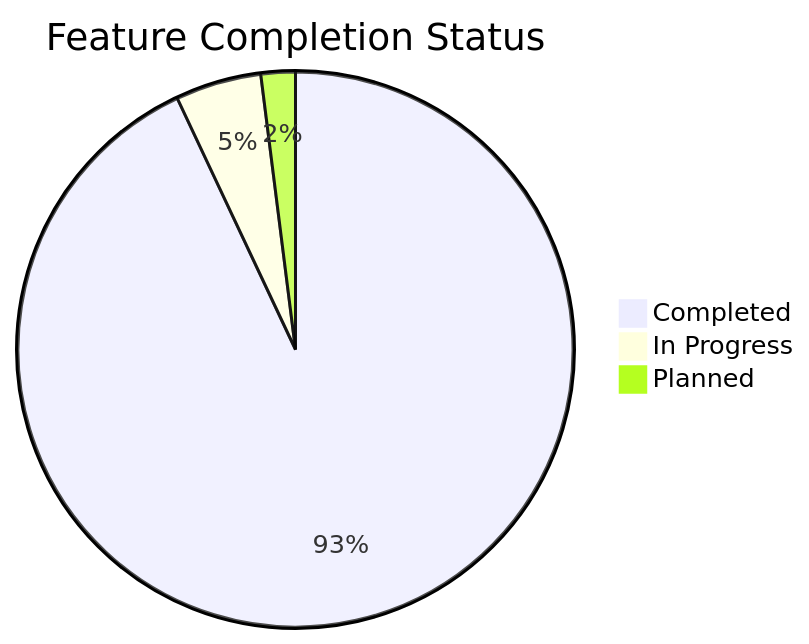
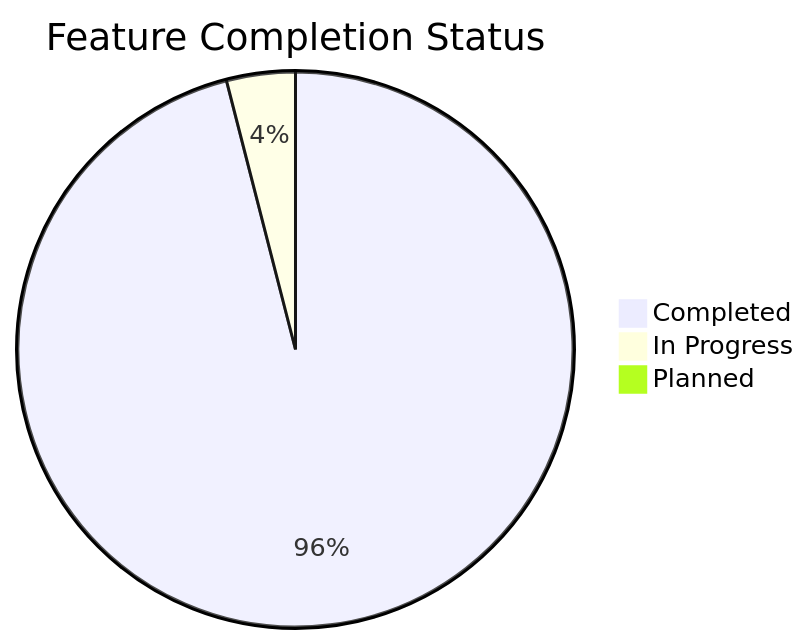
The second of 2 diagrams in docs/planning/roadmap.md (mrj0nesmtl/cloud-burst), drawn with Mermaid before and after one commit. The commit also changed other lines of this file and 35 other files, not shown here.

````diff
--- a/docs/planning/roadmap.md
+++ b/docs/planning/roadmap.md
@@ -345,6 +323,6 @@
 ```mermaid
 pie title Feature Completion Status
-    "Completed" : 93
-    "In Progress" : 5
-    "Planned" : 2
+    "Completed" : 96
+    "In Progress" : 4
+    "Planned" : 0
 ```
````
